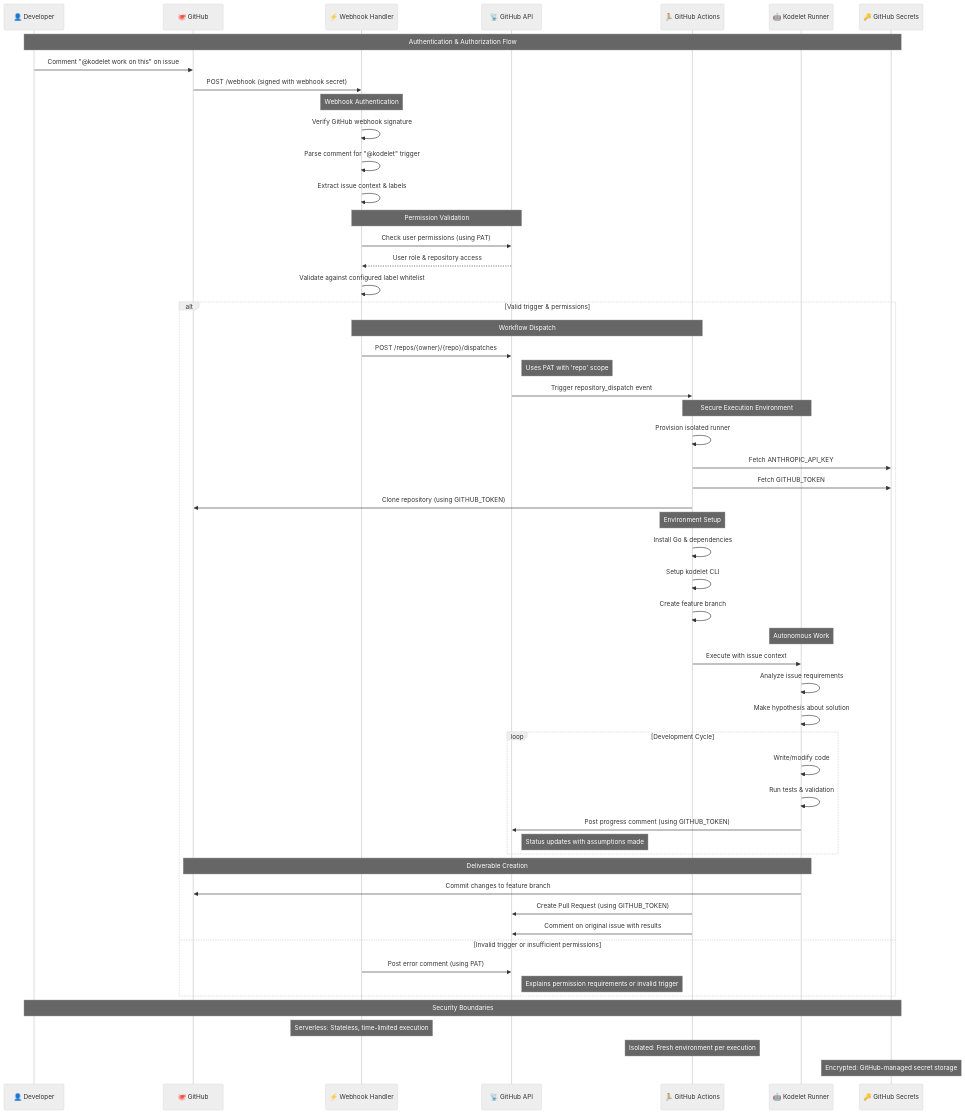
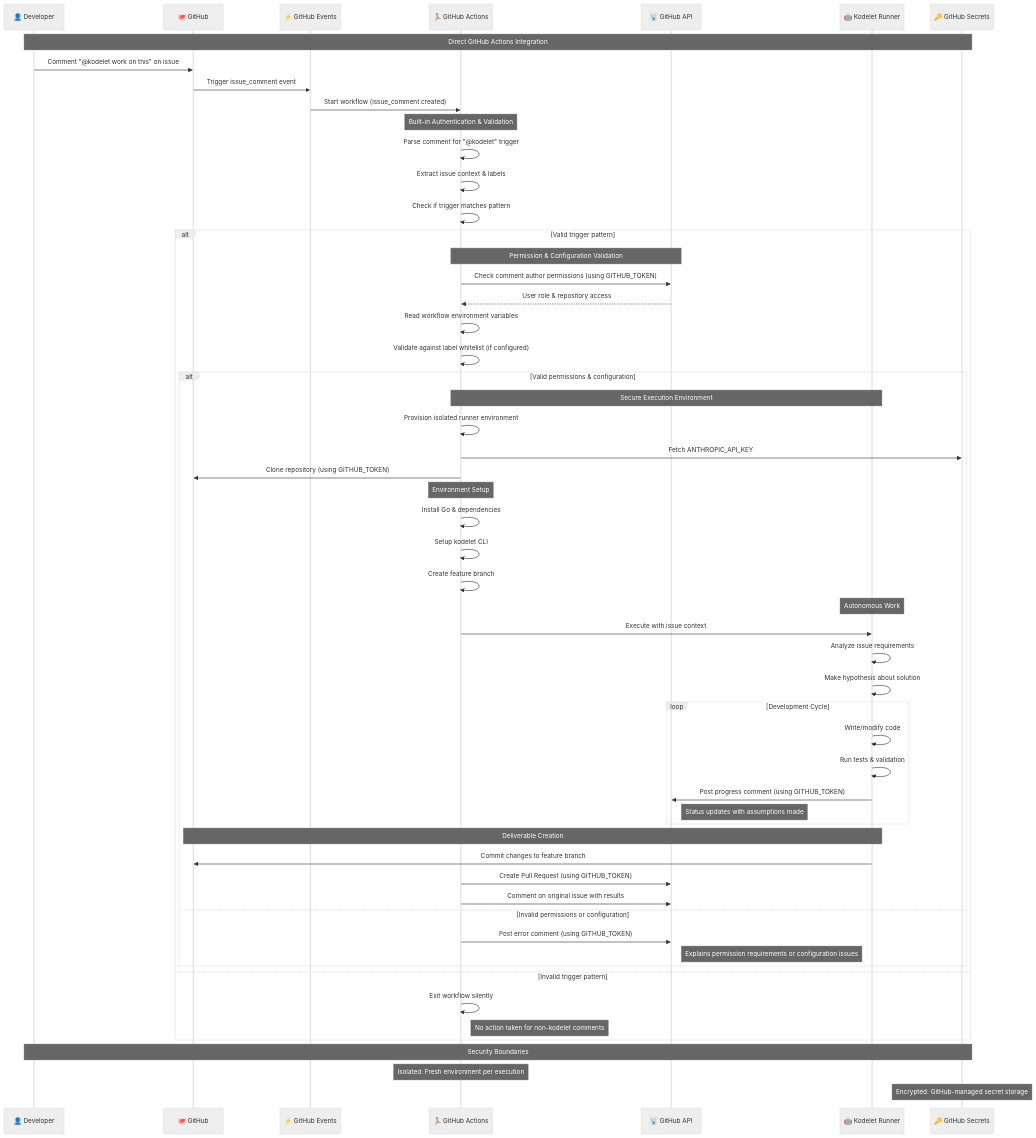
Before and after one commit to jingkaihe/kodelet: the second of 3 diagrams in adrs/012-background-kodelet.md, drawn with Mermaid (neutral theme). The commit also changed other lines of this file, not shown here.

Commit message:
docs(adr): update background kodelet workflow design to native GitHub Actions integration

````diff
--- a/adrs/012-background-kodelet.md
+++ b/adrs/012-background-kodelet.md
@@ -176,69 +167,70 @@
 ```mermaid
 sequenceDiagram
     participant Dev as 👤 Developer
     participant GH as 🐙 GitHub
-    participant WH as ⚡ Webhook Handler
+    participant Events as ⚡ GitHub Events
+    participant Actions as 🏃 GitHub Actions
     participant API as 📡 GitHub API
-    participant Actions as 🏃 GitHub Actions
     participant Kodelet as 🤖 Kodelet Runner
     participant Secrets as 🔑 GitHub Secrets
 
-    Note over Dev,Secrets: Authentication & Authorization Flow
-    
+    Note over Dev,Secrets: Direct GitHub Actions Integration
+
     Dev->>GH: Comment "@kodelet work on this" on issue
-    GH->>WH: POST /webhook (signed with webhook secret)
-    
-    Note over WH: Webhook Authentication
-    WH->>WH: Verify GitHub webhook signature
-    WH->>WH: Parse comment for "@kodelet" trigger
-    WH->>WH: Extract issue context & labels
-    
-    Note over WH,API: Permission Validation
-    WH->>API: Check user permissions (using PAT)
-    API-->>WH: User role & repository access
-    WH->>WH: Validate against configured label whitelist
-    
-    alt Valid trigger & permissions
-        Note over WH,Actions: Workflow Dispatch
-        WH->>API: POST /repos/{owner}/{repo}/dispatches
-        Note right of API: Uses PAT with 'repo' scope
-        API->>Actions: Trigger repository_dispatch event
-        
-        Note over Actions,Kodelet: Secure Execution Environment
-        Actions->>Actions: Provision isolated runner
-        Actions->>Secrets: Fetch ANTHROPIC_API_KEY
-        Actions->>Secrets: Fetch GITHUB_TOKEN
-        Actions->>GH: Clone repository (using GITHUB_TOKEN)
-        
-        Note over Actions: Environment Setup
-        Actions->>Actions: Install Go & dependencies
-        Actions->>Actions: Setup kodelet CLI
-        Actions->>Actions: Create feature branch
-        
-        Note over Kodelet: Autonomous Work
-        Actions->>Kodelet: Execute with issue context
-        Kodelet->>Kodelet: Analyze issue requirements
-        Kodelet->>Kodelet: Make hypothesis about solution
-        
-        loop Development Cycle
-            Kodelet->>Kodelet: Write/modify code
-            Kodelet->>Kodelet: Run tests & validation
-            Kodelet->>API: Post progress comment (using GITHUB_TOKEN)
-            Note right of API: Status updates with assumptions made
+    GH->>Events: Trigger issue_comment event
+    Events->>Actions: Start workflow (issue_comment.created)
+
+    Note over Actions: Built-in Authentication & Validation
+    Actions->>Actions: Parse comment for "@kodelet" trigger
+    Actions->>Actions: Extract issue context & labels
+    Actions->>Actions: Check if trigger matches pattern
+
+    alt Valid trigger pattern
+        Note over Actions,API: Permission & Configuration Validation
+        Actions->>API: Check comment author permissions (using GITHUB_TOKEN)
+        API-->>Actions: User role & repository access
+        Actions->>Actions: Read workflow environment variables
+        Actions->>Actions: Validate against label whitelist (if configured)
+
+        alt Valid permissions & configuration
+            Note over Actions,Kodelet: Secure Execution Environment
+            Actions->>Actions: Provision isolated runner environment
+            Actions->>Secrets: Fetch ANTHROPIC_API_KEY
+            Actions->>GH: Clone repository (using GITHUB_TOKEN)
+
+            Note over Actions: Environment Setup
+            Actions->>Actions: Install Go & dependencies
+            Actions->>Actions: Setup kodelet CLI
+            Actions->>Actions: Create feature branch
+
+            Note over Kodelet: Autonomous Work
+            Actions->>Kodelet: Execute with issue context
+            Kodelet->>Kodelet: Analyze issue requirements
+            Kodelet->>Kodelet: Make hypothesis about solution
+
+            loop Development Cycle
+                Kodelet->>Kodelet: Write/modify code
+                Kodelet->>Kodelet: Run tests & validation
+                Kodelet->>API: Post progress comment (using GITHUB_TOKEN)
+                Note right of API: Status updates with assumptions made
+            end
+
+            Note over Kodelet,GH: Deliverable Creation
+            Kodelet->>GH: Commit changes to feature branch
+            Actions->>API: Create Pull Request (using GITHUB_TOKEN)
+            Actions->>API: Comment on original issue with results
+
+        else Invalid permissions or configuration
+            Actions->>API: Post error comment (using GITHUB_TOKEN)
+            Note right of API: Explains permission requirements or configuration issues
         end
-        
-        Note over Kodelet,GH: Deliverable Creation
-        Kodelet->>GH: Commit changes to feature branch
-        Actions->>API: Create Pull Request (using GITHUB_TOKEN)
-        Actions->>API: Comment on original issue with results
-        
-    else Invalid trigger or insufficient permissions
-        WH->>API: Post error comment (using PAT)
-        Note right of API: Explains permission requirements or invalid trigger
+
+    else Invalid trigger pattern
+        Actions->>Actions: Exit workflow silently
+        Note right of Actions: No action taken for non-kodelet comments
     end
-    
+
     Note over Dev,Secrets: Security Boundaries
-    Note over WH: Serverless: Stateless, time-limited execution
     Note over Actions: Isolated: Fresh environment per execution
     Note over Secrets: Encrypted: GitHub-managed secret storage
 ```
````
